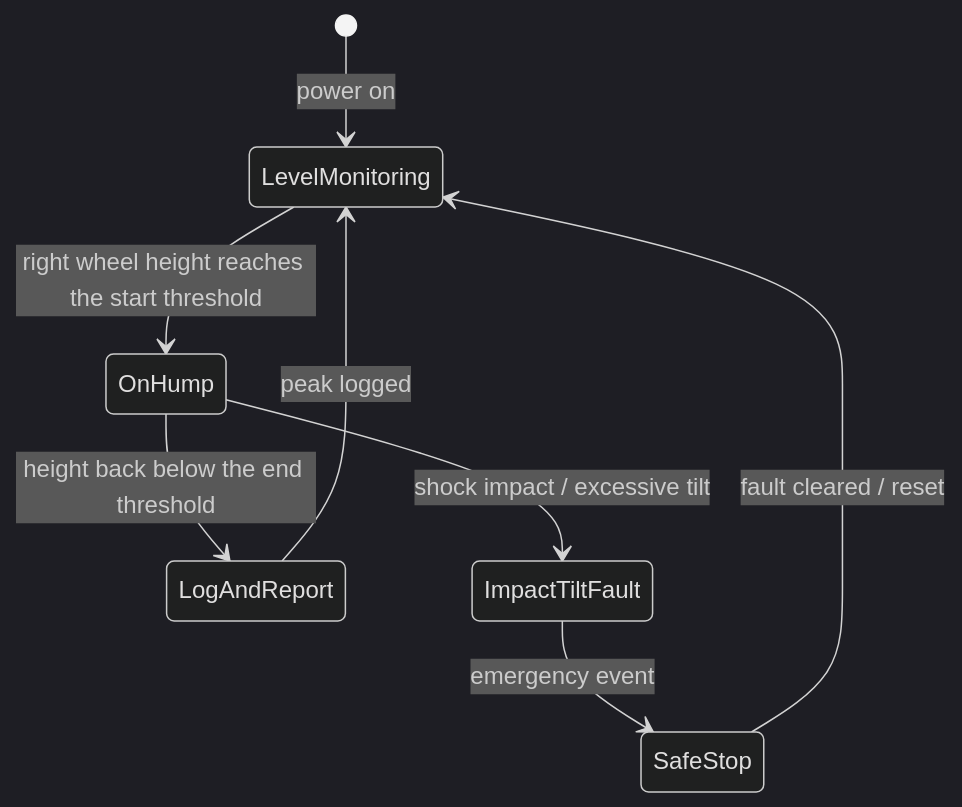
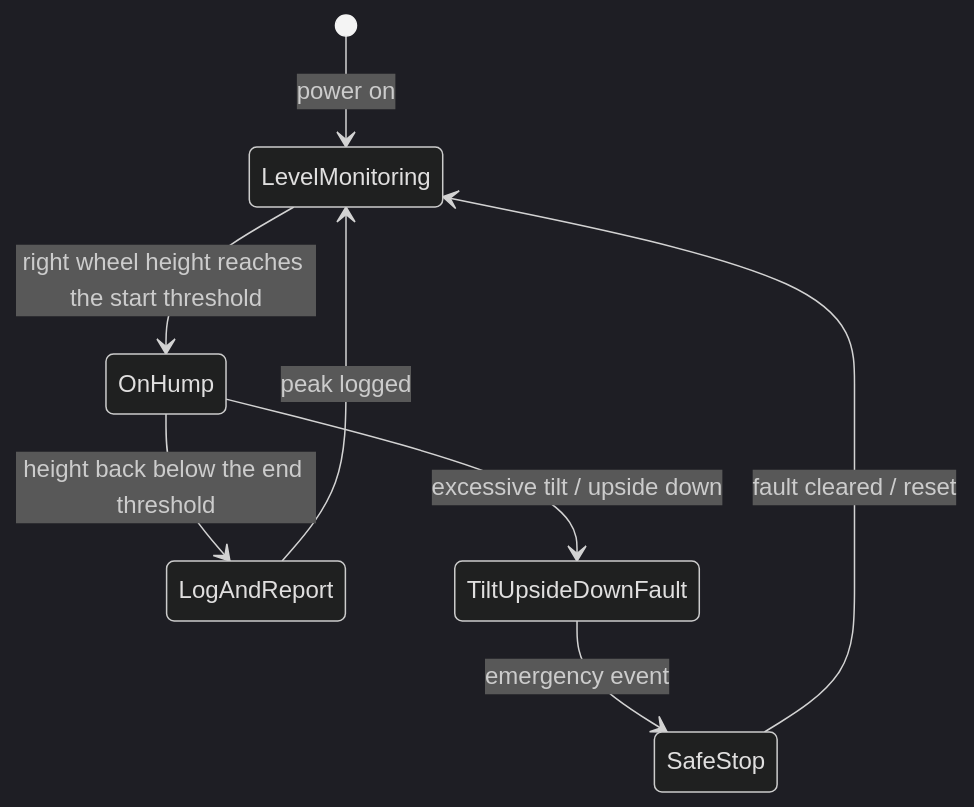
Before and after one commit to 10x-Slackers/INF2004: the fifth of 5 diagrams in docs/ARCHITECTURE.md, drawn with Mermaid (dark theme). The commit also changed other lines of this file and 14 other files, not shown here.

First line of the commit message:
feat: stop when the car is turned upside down, replacing the impact fault

````diff
--- a/docs/ARCHITECTURE.md
+++ b/docs/ARCHITECTURE.md
@@ -239,10 +239,10 @@
 ```mermaid
 stateDiagram-v2
     [*] --> LevelMonitoring: power on
     LevelMonitoring --> OnHump: right wheel height reaches the start threshold
     OnHump --> LogAndReport: height back below the end threshold
     LogAndReport --> LevelMonitoring: peak logged
-    OnHump --> ImpactTiltFault: shock impact / excessive tilt
-    ImpactTiltFault --> SafeStop: emergency event
+    OnHump --> TiltUpsideDownFault: excessive tilt / upside down
+    TiltUpsideDownFault --> SafeStop: emergency event
     SafeStop --> LevelMonitoring: fault cleared / reset
 ```
````
